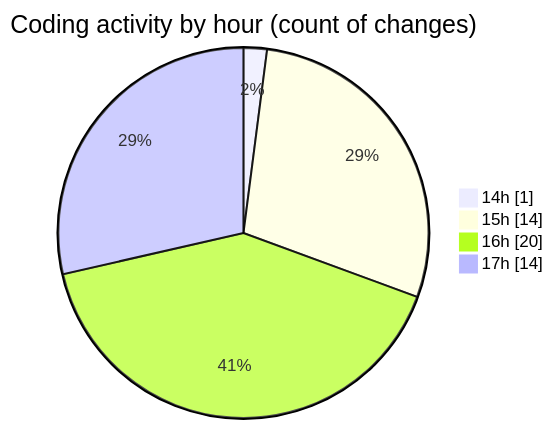
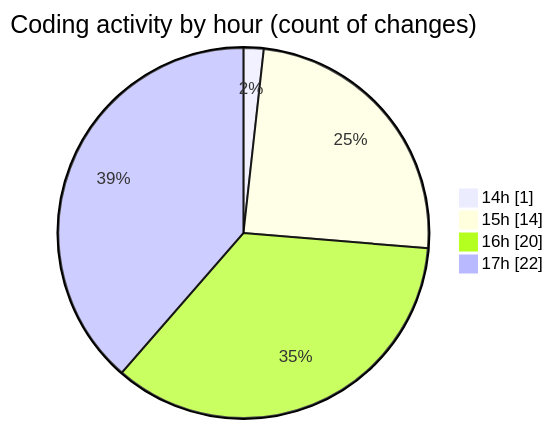
The second of 2 diagrams in 2025-05-12/argos-dev/README.md (nxtqubesakshisongat/code-tracking), drawn with Mermaid before and after one commit. The commit also changed other lines of this file and 1 other file, not shown here.

````diff
--- a/2025-05-12/argos-dev/README.md
+++ b/2025-05-12/argos-dev/README.md
@@ -34,8 +34,8 @@
 ```mermaid
 pie showData
 title Coding activity by hour (count of changes)
 "14h" : 1
 "15h" : 14
 "16h" : 20
-"17h" : 14
+"17h" : 22
 ```
````
